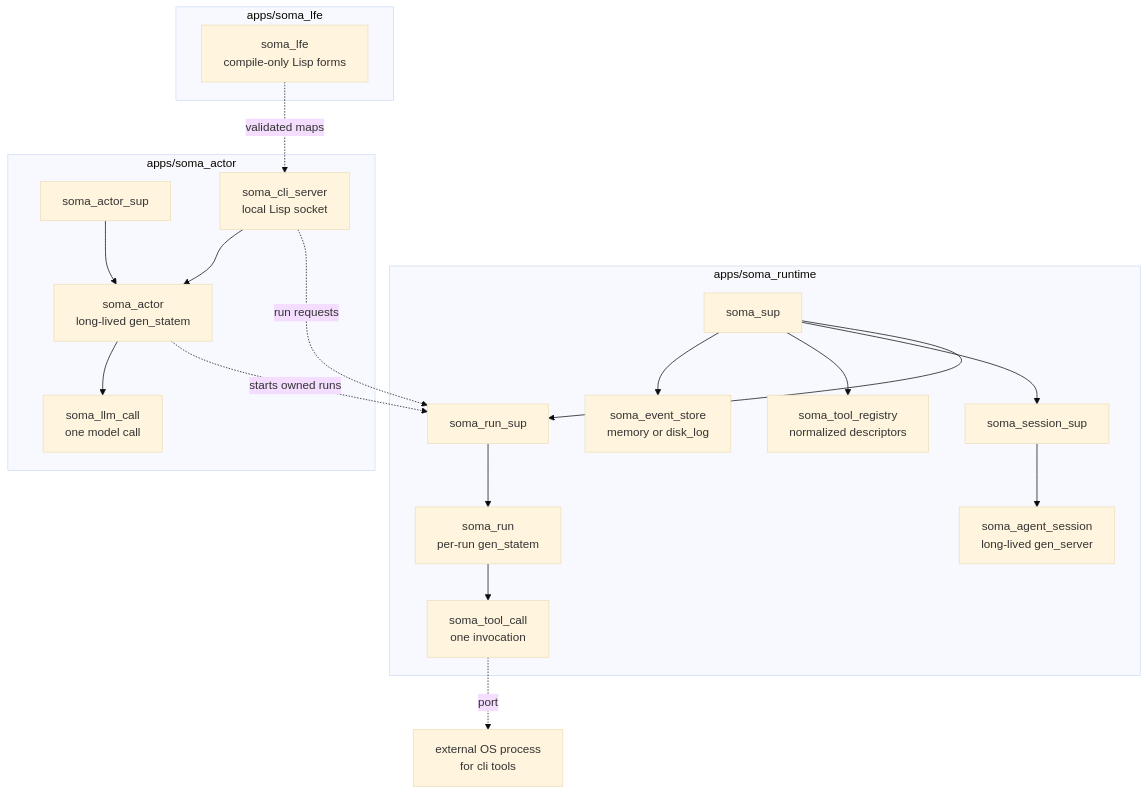
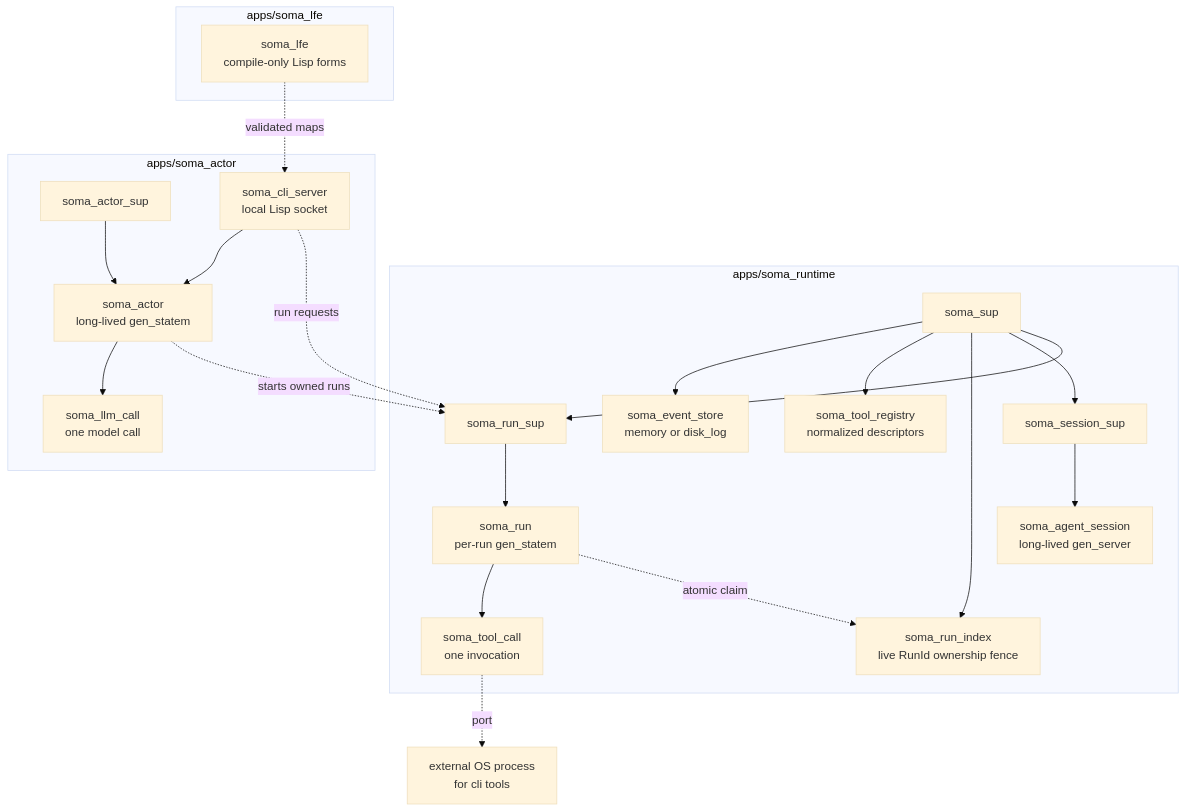
Before and after one commit to ZhenchongLi/soma: the first of 2 diagrams in docs/design.md, drawn with Mermaid (base theme). The commit also changed other lines of this file and 40 other files, not shown here.

````diff
--- a/docs/design.md
+++ b/docs/design.md
@@ -42,38 +42,41 @@
 ```mermaid
 flowchart TD
     subgraph runtime["apps/soma_runtime"]
         sup["soma_sup"]
         store["soma_event_store<br/>memory or disk_log"]
         registry["soma_tool_registry<br/>normalized descriptors"]
+        run_index["soma_run_index<br/>live RunId ownership fence"]
         session_sup["soma_session_sup"]
         session["soma_agent_session<br/>long-lived gen_server"]
         run_sup["soma_run_sup"]
         run["soma_run<br/>per-run gen_statem"]
         tool_call["soma_tool_call<br/>one invocation"]
         sup --> store
         sup --> registry
+        sup --> run_index
         sup --> session_sup --> session
         sup --> run_sup --> run --> tool_call
+        run -. atomic claim .-> run_index
     end
 
     cli_child["external OS process<br/>for cli tools"]
     tool_call -. port .-> cli_child
 
     subgraph actor_app["apps/soma_actor"]
         actor_sup["soma_actor_sup"]
         actor["soma_actor<br/>long-lived gen_statem"]
         llm_call["soma_llm_call<br/>one model call"]
         cli_server["soma_cli_server<br/>local Lisp socket"]
         actor_sup --> actor
         actor --> llm_call
         cli_server --> actor
     end
 
     actor -. starts owned runs .-> run_sup
     cli_server -. run requests .-> run_sup
 
     subgraph edge["apps/soma_lfe"]
         lfe["soma_lfe<br/>compile-only Lisp forms"]
     end
     lfe -. validated maps .-> cli_server
 ```
````
